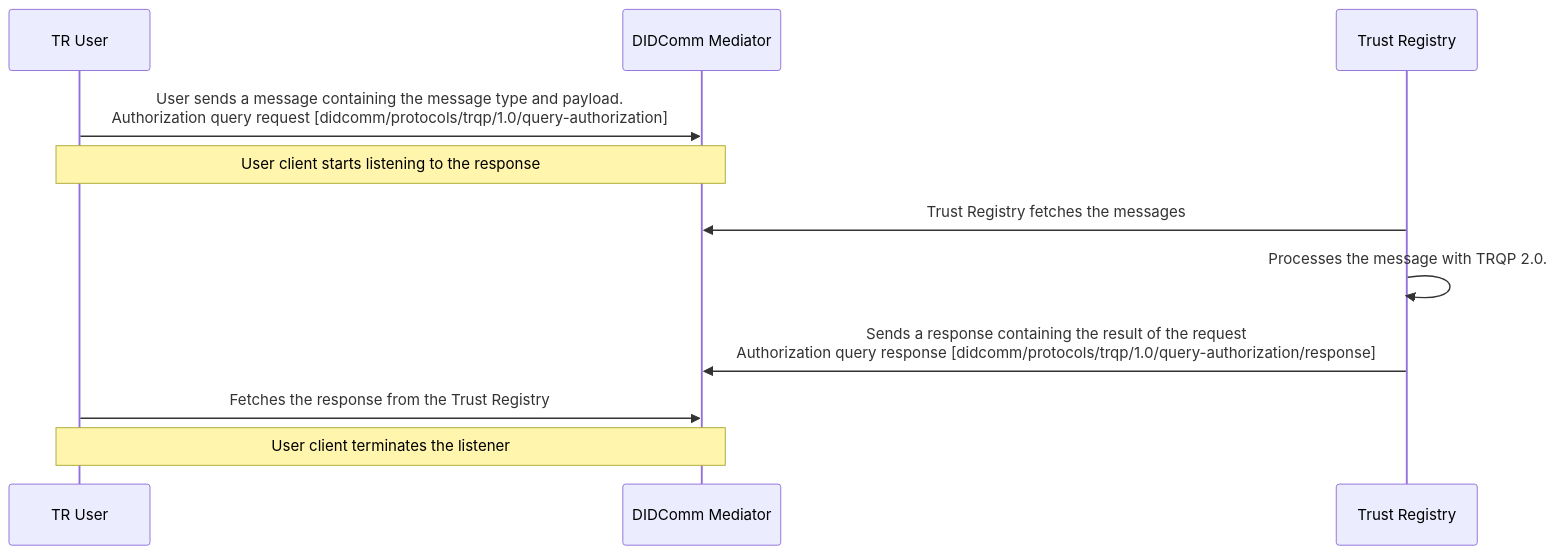
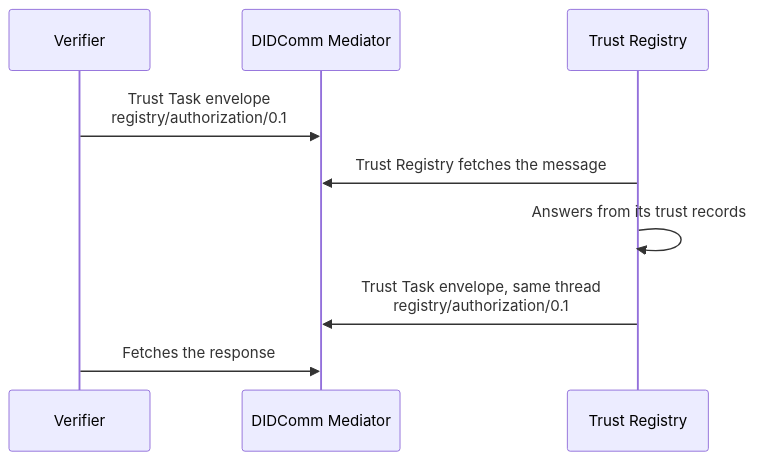
Before and after one commit to affinidi/affinidi-trust-registry-rs: the diagram in DIDCOMM_PROTOCOLS.md, drawn with Mermaid. The commit also changed other lines of this file and 38 other files, not shown here.

First line of the commit message:
feat!: remove the legacy TRQP query surfaces; Trust Tasks only (0.21.0)

````diff
--- a/DIDCOMM_PROTOCOLS.md
+++ b/DIDCOMM_PROTOCOLS.md
@@ -101,15 +72,12 @@
 ```mermaid
 sequenceDiagram
-    participant User as TR User
+    participant User as Verifier
     participant DM as DIDComm Mediator
     participant TR as Trust Registry
 
-    User->>DM: User sends a message containing the message type and payload. <br />Authorization query request [didcomm/protocols/trqp/1.0/query-authorization]
-    Note over User, DM: User client starts listening to the response
-    TR->>DM: Trust Registry fetches the messages
-    TR->>TR: Processes the message with TRQP 2.0.
-    TR->>DM: Sends a response containing the result of the request <br />  Authorization query response [didcomm/protocols/trqp/1.0/query-authorization/response]
-    User->>DM: Fetches the response from the Trust Registry
-    Note over User, DM: User client terminates the listener
-
+    User->>DM: Trust Task envelope <br />registry/authorization/0.1
+    TR->>DM: Trust Registry fetches the message
+    TR->>TR: Answers from its trust records
+    TR->>DM: Trust Task envelope, same thread <br />registry/authorization/0.1#response
+    User->>DM: Fetches the response
 ```
````
